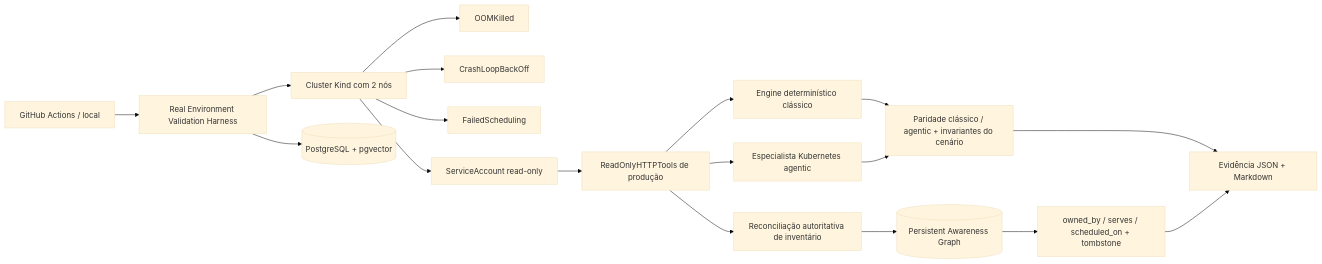
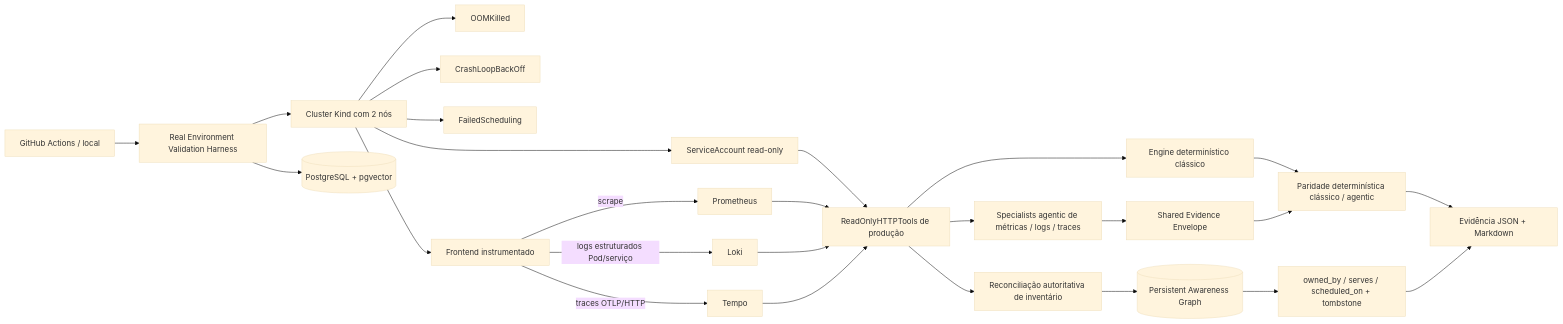
One commit to marcocristofolini/ai-sre-rca changed diagram 28 of 28 in docs/architecture.pt-BR.md. Above: the diagram before and after it, drawn with Mermaid (base theme). The commit also changed other lines of this file and 31 other files, not shown here.

````diff
--- a/docs/architecture.pt-BR.md
+++ b/docs/architecture.pt-BR.md
@@ -750,20 +750,34 @@
 ```mermaid
 flowchart LR
     GA[GitHub Actions / local] --> VH[Real Environment Validation Harness]
     VH --> KIND[Cluster Kind com 2 nós]
     VH --> PG[(PostgreSQL + pgvector)]
+
     KIND --> OOM[OOMKilled]
     KIND --> CRASH[CrashLoopBackOff]
     KIND --> SCHED[FailedScheduling]
+
+    KIND --> APP[Frontend instrumentado]
+    APP -->|scrape| PROM[Prometheus]
+    APP -->|logs estruturados Pod/serviço| LOKI[Loki]
+    APP -->|traces OTLP/HTTP| TEMPO[Tempo]
+
     KIND --> RBAC[ServiceAccount read-only]
     RBAC --> HTTP[ReadOnlyHTTPTools de produção]
+    PROM --> HTTP
+    LOKI --> HTTP
+    TEMPO --> HTTP
+
     HTTP --> CORE[Engine determinístico clássico]
-    HTTP --> AG[Especialista Kubernetes agentic]
+    HTTP --> SPEC[Specialists agentic de métricas / logs / traces]
     HTTP --> INV[Reconciliação autoritativa de inventário]
+
     INV --> PAG[(Persistent Awareness Graph)]
-    CORE --> PARITY[Paridade clássico / agentic + invariantes do cenário]
-    AG --> PARITY
+    CORE --> PARITY[Paridade determinística clássico / agentic]
+    SPEC --> ENV[Shared Evidence Envelope]
+    ENV --> PARITY
+
     PAG --> GRAPH[owned_by / serves / scheduled_on + tombstone]
     PARITY --> REPORT[Evidência JSON + Markdown]
     GRAPH --> REPORT
 ```
````
